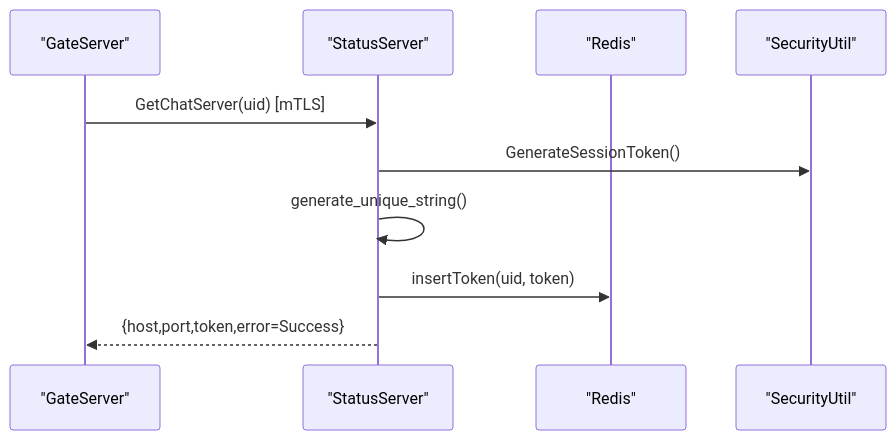
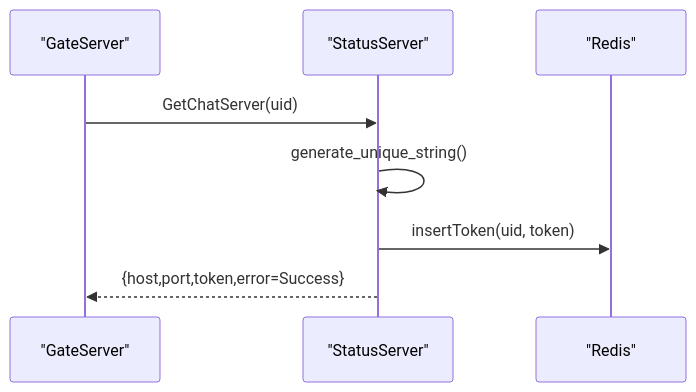
The sixth of 10 diagrams in .qoder/repowiki/zh/content/安全设计/身份认证系统/身份认证系统.md (echo9923/mychatter), drawn with Mermaid before and after one commit. The commit also changed other lines of this file and 58 other files, not shown here.

````diff
--- a/.qoder/repowiki/zh/content/安全设计/身份认证系统/身份认证系统.md
+++ b/.qoder/repowiki/zh/content/安全设计/身份认证系统/身份认证系统.md
@@ -333,12 +295,10 @@
 ```mermaid
 sequenceDiagram
 participant Gate as "GateServer"
 participant Status as "StatusServer"
 participant Redis as "Redis"
-participant SecUtil as "SecurityUtil"
-Gate->>Status : GetChatServer(uid) [mTLS]
-Status->>SecUtil : GenerateSessionToken()
+Gate->>Status : GetChatServer(uid)
 Status->>Status : generate_unique_string()
 Status->>Redis : insertToken(uid, token)
 Status-->>Gate : {host,port,token,error=Success}
 ```
````
